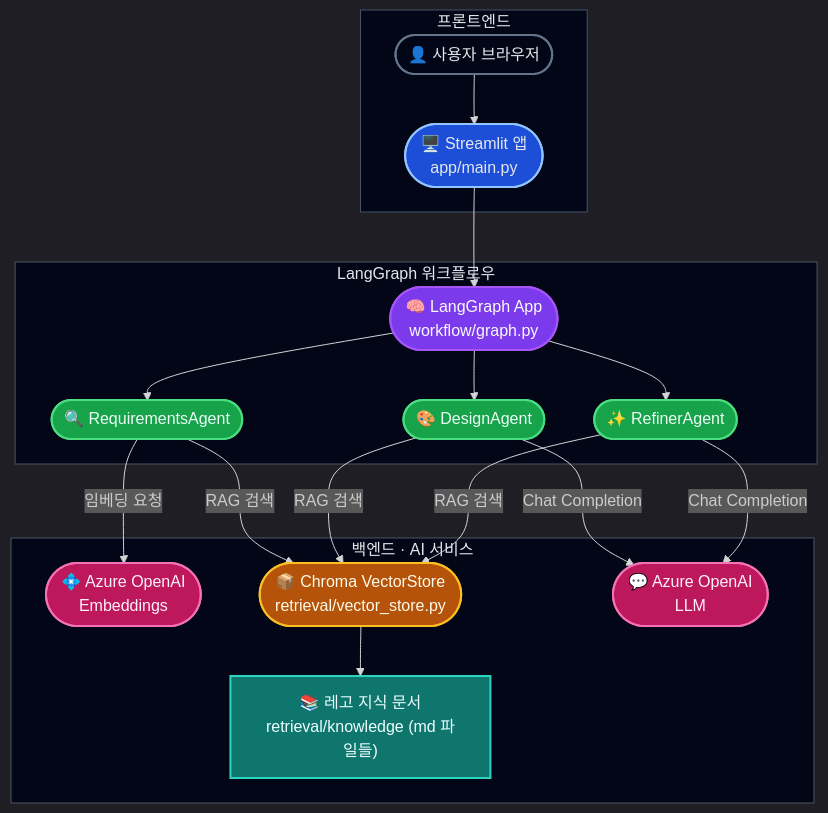
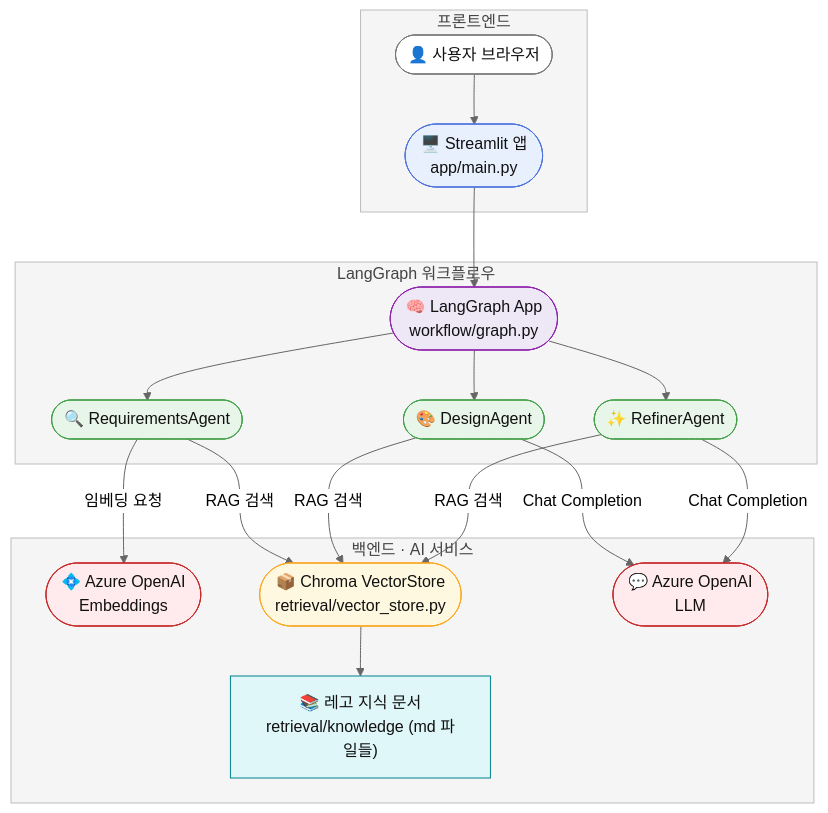
Before and after one commit to pcmola/lego-ai-service: the second of 2 diagrams in README.md, drawn with Mermaid.

Commit message:
readme 수정

````diff
--- a/README.md
+++ b/README.md
@@ -64,78 +64,73 @@
 ```mermaid
-%%{init: {"theme":"dark"}}%%
+%%{init: {"theme":"neutral"}}%%
 flowchart TB
-    %% ───────── 레이아웃: 위→아래 (TB) ─────────
-    %% 아이콘 + 컬러 클래스로 역할 구분
 
-    %% 노드 정의
+    %% ───────── 노드 정의 ─────────
     U([👤 사용자 브라우저]):::client
 
     A([🖥️ Streamlit 앱<br/>app/main.py]):::ui
     B([🧠 LangGraph App<br/>workflow/graph.py]):::orchestrator
 
     R([🔍 RequirementsAgent]):::agent
     D([🎨 DesignAgent]):::agent
     F([✨ RefinerAgent]):::agent
 
     E([💠 Azure OpenAI<br/>Embeddings]):::service
     V([📦 Chroma VectorStore<br/>retrieval/vector_store.py]):::store
-
     L([💬 Azure OpenAI<br/>LLM]):::service
 
-    %% ❗ 문제되던 노드: 단순 텍스트 + 큰따옴표로 변경
     K["📚 레고 지식 문서<br/>retrieval/knowledge (md 파일들)"]:::knowledge
 
     %% ───────── 플로우 ─────────
     U --> A --> B
-
     B --> R
     B --> D
     B --> F
 
     R -- "임베딩 요청" --> E
     R -- "RAG 검색" --> V
 
     D -- "Chat Completion" --> L
     D -- "RAG 검색" --> V
 
     F -- "Chat Completion" --> L
     F -- "RAG 검색" --> V
 
     V --> K
 
-    %% ───────── 그룹(섹션) 느낌 내기 ─────────
+    %% ───────── 그룹 ─────────
     subgraph FRONTEND[프론트엔드]
         U
         A
     end
 
     subgraph WORKFLOW[LangGraph 워크플로우]
         B
         R
         D
         F
     end
 
     subgraph BACKEND[백엔드 · AI 서비스]
         E
         L
         V
         K
     end
 
-    %% ───────── 스타일 정의 (아이콘 컬러 라벨링) ─────────
-    classDef client fill:#020617,stroke:#64748b,stroke-width:2px,color:#e5e7eb;
-    classDef ui fill:#1d4ed8,stroke:#93c5fd,stroke-width:2px,color:#e5e7eb;
-    classDef orchestrator fill:#7c3aed,stroke:#a855f7,stroke-width:2px,color:#f9fafb;
+    %% ───────── 스타일 ─────────
+    classDef client fill:#ffffff,stroke:#777,color:#111;
+    classDef ui fill:#e8f0fe,stroke:#4e73df,color:#111;
+    classDef orchestrator fill:#ede7f6,stroke:#8e24aa,color:#111;
 
-    classDef agent fill:#16a34a,stroke:#4ade80,stroke-width:2px,color:#ecfdf5;
-    classDef service fill:#be185d,stroke:#f472b6,stroke-width:2px,color:#fdf2f8;
-    classDef store fill:#b45309,stroke:#fbbf24,stroke-width:2px,color:#fffbeb;
-    classDef knowledge fill:#0f766e,stroke:#2dd4bf,stroke-width:2px,color:#ecfeff;
+    classDef agent fill:#e8f5e9,stroke:#43a047,color:#111;
+    classDef service fill:#ffebee,stroke:#c62828,color:#111;
+    classDef store fill:#fff8e1,stroke:#f9a825,color:#111;
+    classDef knowledge fill:#e0f7fa,stroke:#00838f,color:#111;
 
-    %% 그룹 박스 라벨 스타일
-    style FRONTEND fill:#020617,stroke:#475569,stroke-width:1px,color:#e5e7eb;
-    style WORKFLOW fill:#020617,stroke:#4b5563,stroke-width:1px,color:#e5e7eb;
-    style BACKEND fill:#020617,stroke:#4b5563,stroke-width:1px,color:#e5e7eb;
+    style FRONTEND fill:#f5f5f5,stroke:#bdbdbd,color:#444;
+    style WORKFLOW fill:#f5f5f5,stroke:#bdbdbd,color:#444;
+    style BACKEND fill:#f5f5f5,stroke:#bdbdbd,color:#444;
+
 
 ```
````
